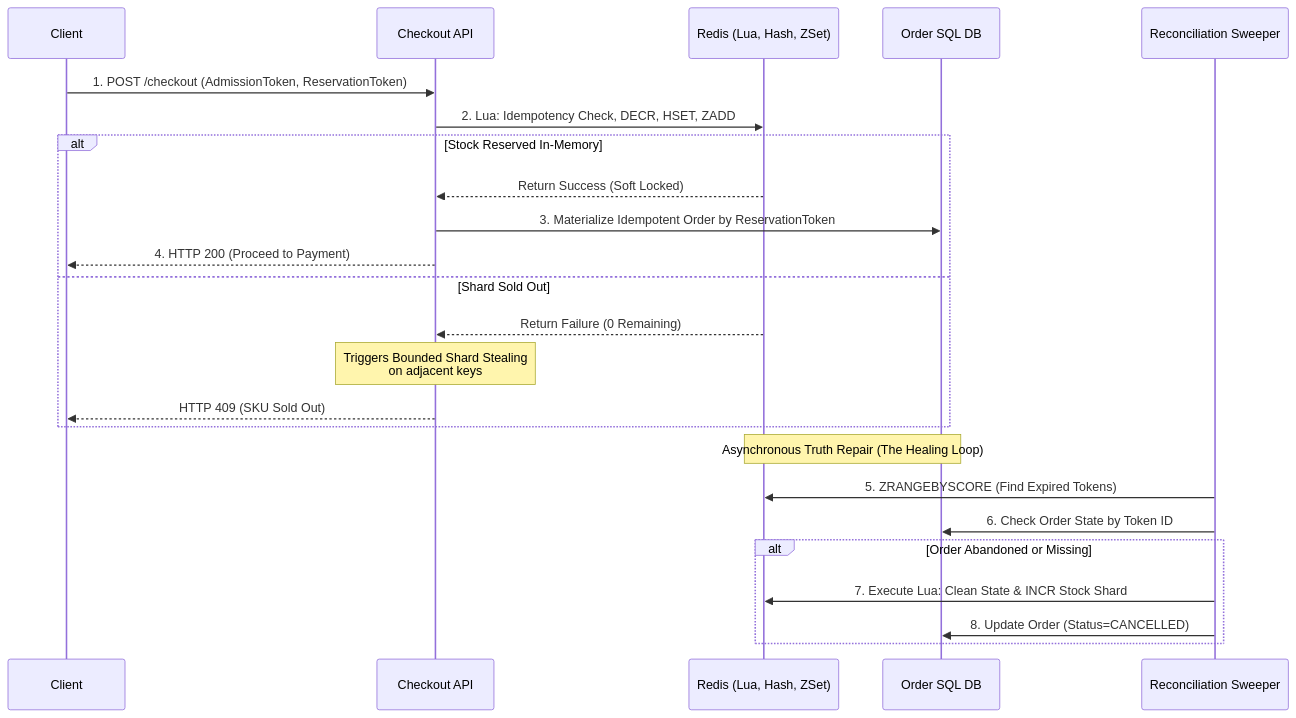
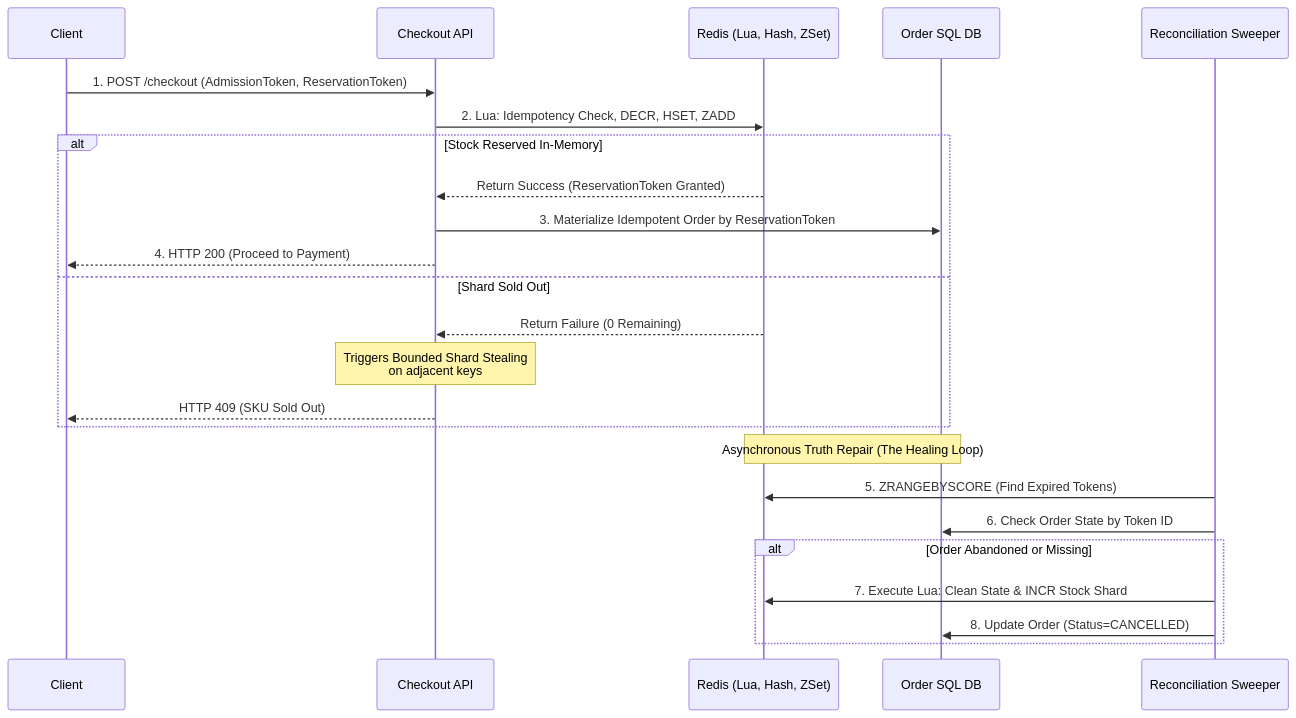
The diagram in content/posts/series_3/3.global_flash_sale_engine_inventory.md (tuanhiep/tuanhiep.github.io), drawn with Mermaid before and after one commit. The commit also changed other lines of this file, not shown here.

````diff
--- a/content/posts/series_3/3.global_flash_sale_engine_inventory.md
+++ b/content/posts/series_3/3.global_flash_sale_engine_inventory.md
@@ -179,30 +179,30 @@
 ```mermaid
 sequenceDiagram
     participant C as Client
     participant API as Checkout API
     participant R as Redis (Lua, Hash, ZSet)
     participant DB as Order SQL DB
     participant W as Reconciliation Sweeper
 
     C->>API: 1. POST /checkout (AdmissionToken, ReservationToken)
     API->>R: 2. Lua: Idempotency Check, DECR, HSET, ZADD
     
     alt Stock Reserved In-Memory
-        R-->>API: Return Success (Soft Locked)
+        R-->>API: Return Success (ReservationToken Granted)
         API->>DB: 3. Materialize Idempotent Order by ReservationToken
         API-->>C: 4. HTTP 200 (Proceed to Payment)
     else Shard Sold Out
         R-->>API: Return Failure (0 Remaining)
         Note over API: Triggers Bounded Shard Stealing<br/>on adjacent keys
         API-->>C: HTTP 409 (SKU Sold Out)
     end
 
     Note over R,DB: Asynchronous Truth Repair (The Healing Loop)
     W->>R: 5. ZRANGEBYSCORE (Find Expired Tokens)
     W->>DB: 6. Check Order State by Token ID
     alt Order Abandoned or Missing
         W->>R: 7. Execute Lua: Clean State & INCR Stock Shard
         W->>DB: 8. Update Order (Status=CANCELLED)
     end
 
 ```
````
